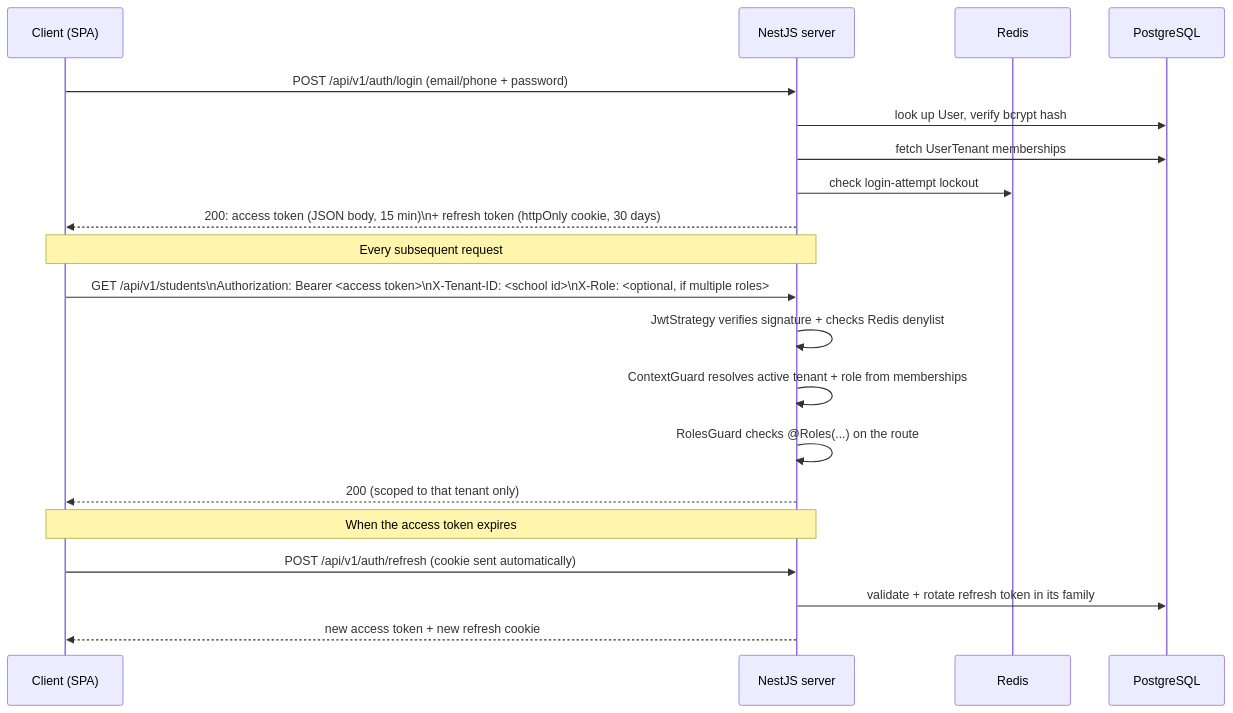
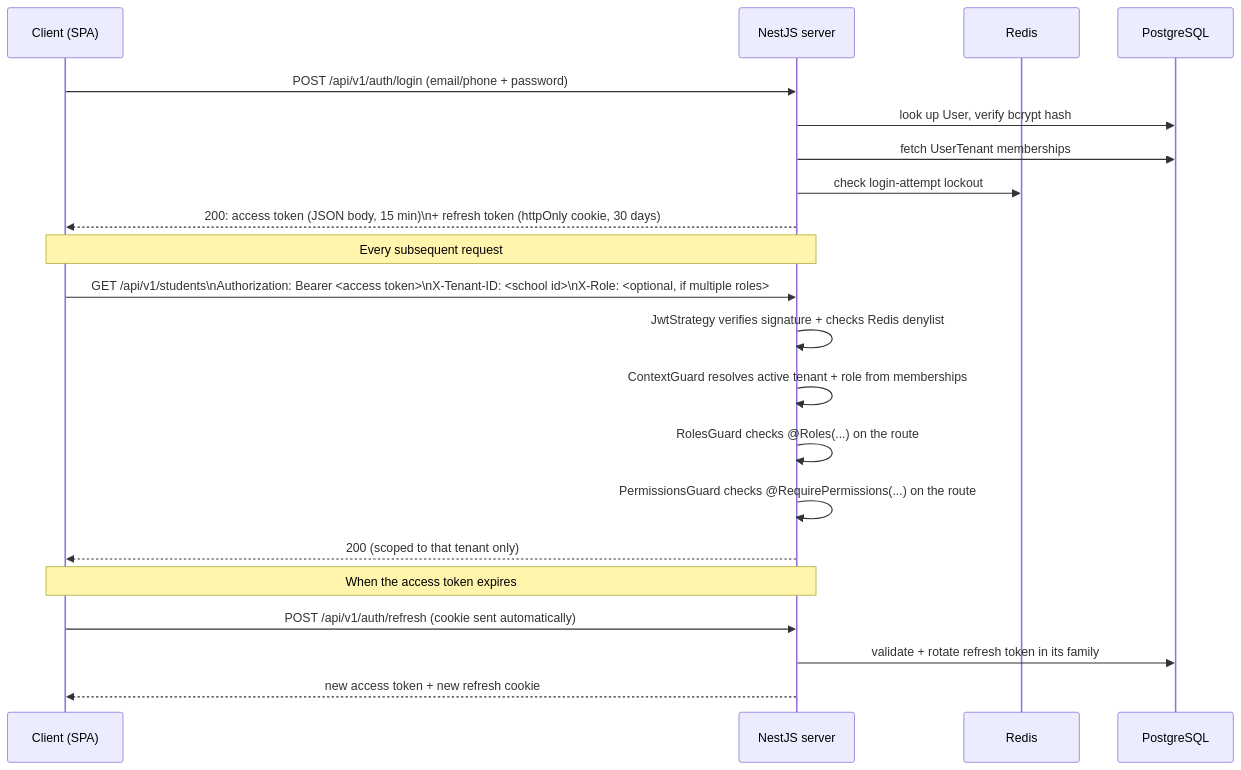
Before and after one commit to tareq89/biddaloy: the second of 5 diagrams in docs/architecture/02-auth-and-multitenancy.md, drawn with Mermaid. The commit also changed other lines of this file and 30 other files, not shown here.

First line of the commit message:
feat(server): enforce ROLE_PERMISSIONS server-side with PermissionsGuard

````diff
--- a/docs/architecture/02-auth-and-multitenancy.md
+++ b/docs/architecture/02-auth-and-multitenancy.md
@@ -33,25 +33,26 @@
 ```mermaid
 sequenceDiagram
     participant C as Client (SPA)
     participant S as NestJS server
     participant R as Redis
     participant DB as PostgreSQL
 
     C->>S: POST /api/v1/auth/login (email/phone + password)
     S->>DB: look up User, verify bcrypt hash
     S->>DB: fetch UserTenant memberships
     S->>R: check login-attempt lockout
     S-->>C: 200: access token (JSON body, 15 min)\n+ refresh token (httpOnly cookie, 30 days)
 
     Note over C,S: Every subsequent request
     C->>S: GET /api/v1/students\nAuthorization: Bearer <access token>\nX-Tenant-ID: <school id>\nX-Role: <optional, if multiple roles>
     S->>S: JwtStrategy verifies signature + checks Redis denylist
     S->>S: ContextGuard resolves active tenant + role from memberships
     S->>S: RolesGuard checks @Roles(...) on the route
+    S->>S: PermissionsGuard checks @RequirePermissions(...) on the route
     S-->>C: 200 (scoped to that tenant only)
 
     Note over C,S: When the access token expires
     C->>S: POST /api/v1/auth/refresh (cookie sent automatically)
     S->>DB: validate + rotate refresh token in its family
     S-->>C: new access token + new refresh cookie
 ```
````
